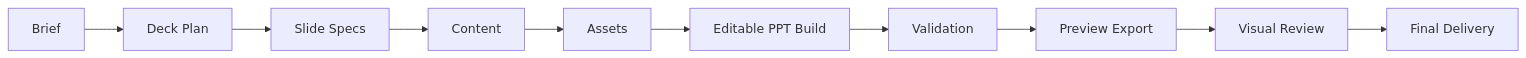
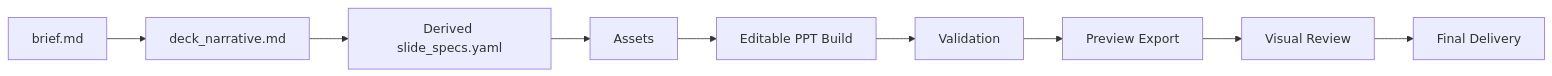
One commit to founderqiang/presentation-skills changed the diagram in ppt-polished-deck-collab/references/deck_workflow.md. Above: the diagram before and after it, drawn with Mermaid. The commit also changed other lines of this file and 7 other files, not shown here.

Commit message:
feat(ppt-polished-deck-collab): derive slide specs from narrative

````diff
--- a/ppt-polished-deck-collab/references/deck_workflow.md
+++ b/ppt-polished-deck-collab/references/deck_workflow.md
@@ -23,12 +24,11 @@
 ```mermaid
 flowchart LR
-  A[Brief] --> B[Deck Plan]
-  B --> C[Slide Specs]
-  C --> D[Content]
-  D --> E[Assets]
-  E --> F[Editable PPT Build]
-  F --> G[Validation]
-  G --> H[Preview Export]
-  H --> I[Visual Review]
-  I --> J[Final Delivery]
+  A[brief.md] --> B[deck_narrative.md]
+  B --> C[Derived slide_specs.yaml]
+  C --> D[Assets]
+  D --> E[Editable PPT Build]
+  E --> F[Validation]
+  F --> G[Preview Export]
+  G --> H[Visual Review]
+  H --> I[Final Delivery]
 ```
````
